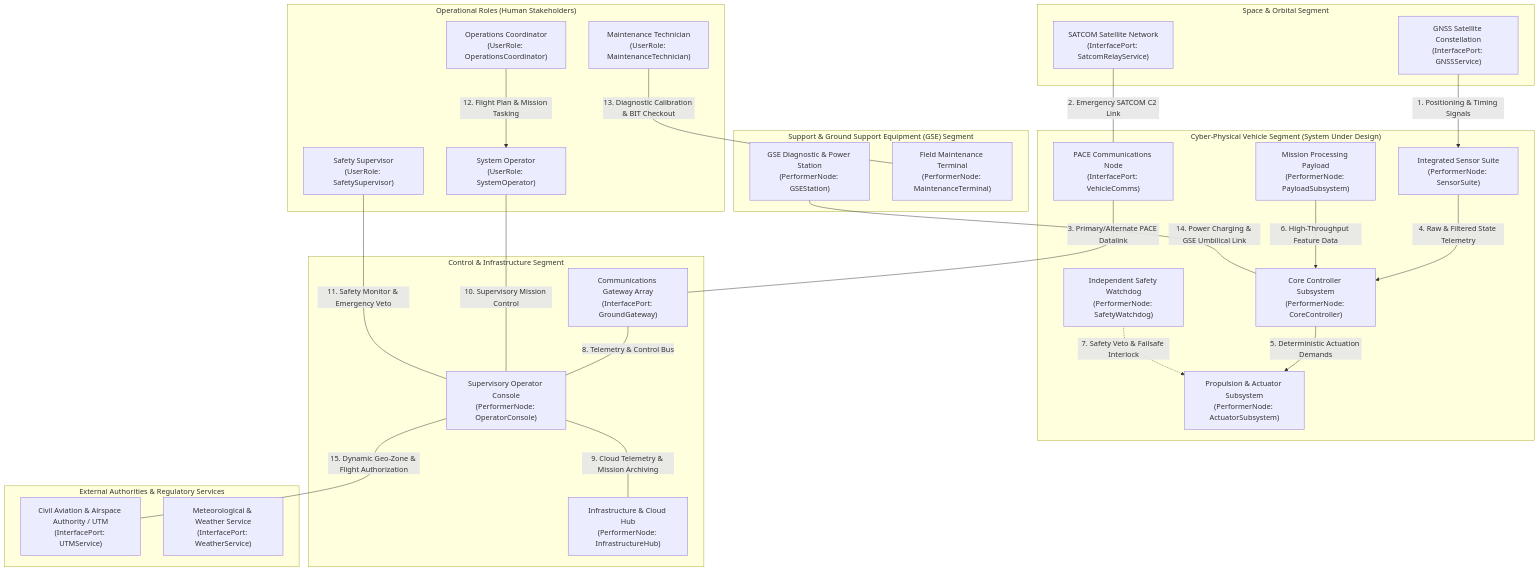
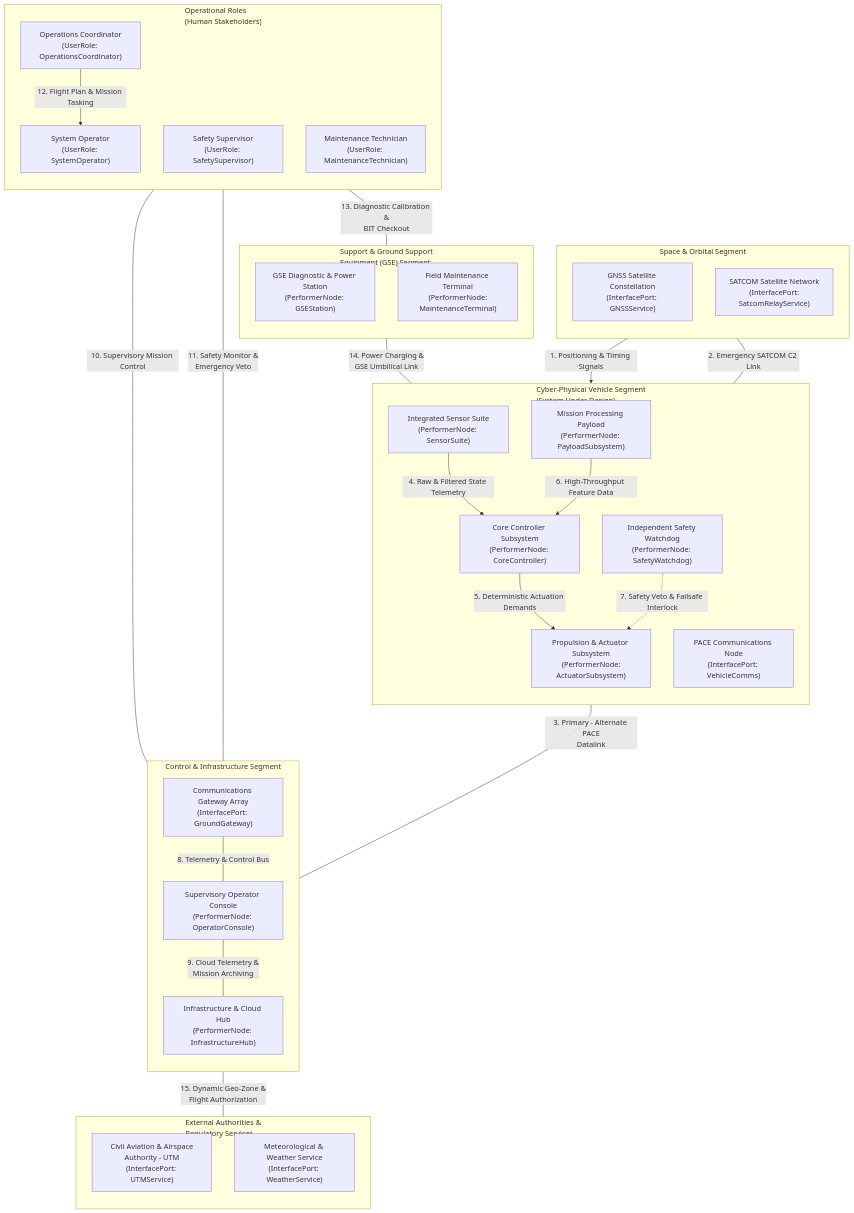
The diagram in skills/spec-conops-engineering/resources/units/conops/01_METADATA_AND_OVERVIEW.md (gintatkinson/DEAP-avionic-flight-safety), drawn with Mermaid before and after one commit. The commit also changed other lines of this file and 136 other files, not shown here.

````diff
--- a/skills/spec-conops-engineering/resources/units/conops/01_METADATA_AND_OVERVIEW.md
+++ b/skills/spec-conops-engineering/resources/units/conops/01_METADATA_AND_OVERVIEW.md
@@ -158,55 +158,61 @@
 ```mermaid
 flowchart TB
     subgraph SpaceSegment["Space & Orbital Segment"]
+        direction TB
         GNSSConstellation["GNSS Satellite Constellation<br/>(InterfacePort: GNSSService)"]
-        SatcomRelay["SATCOM Satellite Network<br/>(InterfacePort: SatcomRelayService)"]
+        SatcomRelay["SATCOM Satellite Network<br/>(InterfacePort:<br/>SatcomRelayService)"]
     end
 
-    subgraph VehicleSegment["Cyber-Physical Vehicle Segment (System Under Design)"]
+    subgraph VehicleSegment["Cyber-Physical Vehicle Segment<br/>(System Under Design)"]
+        direction TB
         CoreController["Core Controller Subsystem<br/>(PerformerNode: CoreController)"]
         SensorSuite["Integrated Sensor Suite<br/>(PerformerNode: SensorSuite)"]
-        ActuatorSubsystem["Propulsion & Actuator Subsystem<br/>(PerformerNode: ActuatorSubsystem)"]
+        ActuatorSubsystem["Propulsion & Actuator Subsystem<br/>(PerformerNode:<br/>ActuatorSubsystem)"]
         PayloadSubsystem["Mission Processing Payload<br/>(PerformerNode: PayloadSubsystem)"]
         VehicleComms["PACE Communications Node<br/>(InterfacePort: VehicleComms)"]
         SafetyWatchdog["Independent Safety Watchdog<br/>(PerformerNode: SafetyWatchdog)"]
     end
 
     subgraph ControlSegment["Control & Infrastructure Segment"]
+        direction TB
         OperatorConsole["Supervisory Operator Console<br/>(PerformerNode: OperatorConsole)"]
         GroundCommsArray["Communications Gateway Array<br/>(InterfacePort: GroundGateway)"]
         InfrastructureHub["Infrastructure & Cloud Hub<br/>(PerformerNode: InfrastructureHub)"]
     end
 
-    subgraph SupportSegment["Support & Ground Support Equipment (GSE) Segment"]
+    subgraph SupportSegment["Support & Ground Support<br/>Equipment (GSE) Segment"]
+        direction TB
         GroundSupportEquipment["GSE Diagnostic & Power Station<br/>(PerformerNode: GSEStation)"]
-        MaintenanceTerminal["Field Maintenance Terminal<br/>(PerformerNode: MaintenanceTerminal)"]
+        MaintenanceTerminal["Field Maintenance Terminal<br/>(PerformerNode:<br/>MaintenanceTerminal)"]
     end
 
-    subgraph OperationalRoles["Operational Roles (Human Stakeholders)"]
+    subgraph OperationalRoles["Operational Roles<br/>(Human Stakeholders)"]
+        direction TB
         SystemOperator["System Operator<br/>(UserRole: SystemOperator)"]
         SafetySupervisor["Safety Supervisor<br/>(UserRole: SafetySupervisor)"]
         OperationsCoordinator["Operations Coordinator<br/>(UserRole: OperationsCoordinator)"]
         MaintenanceTechnician["Maintenance Technician<br/>(UserRole: MaintenanceTechnician)"]
     end
 
-    subgraph ExternalAuthorities["External Authorities & Regulatory Services"]
-        AirspaceAuthority["Civil Aviation & Airspace Authority / UTM<br/>(InterfacePort: UTMService)"]
+    subgraph ExternalAuthorities["External Authorities &<br/>Regulatory Services"]
+        direction TB
+        AirspaceAuthority["Civil Aviation & Airspace<br/>Authority - UTM<br/>(InterfacePort: UTMService)"]
         WeatherDataService["Meteorological & Weather Service<br/>(InterfacePort: WeatherService)"]
     end
 
     GNSSConstellation -->|"1. Positioning & Timing Signals"| SensorSuite
     SatcomRelay ---|"2. Emergency SATCOM C2 Link"| VehicleComms
-    VehicleComms ---|"3. Primary/Alternate PACE Datalink"| GroundCommsArray
+    VehicleComms ---|"3. Primary - Alternate PACE<br/>Datalink"| GroundCommsArray
     SensorSuite -->|"4. Raw & Filtered State Telemetry"| CoreController
     CoreController -->|"5. Deterministic Actuation Demands"| ActuatorSubsystem
     PayloadSubsystem -->|"6. High-Throughput Feature Data"| CoreController
     SafetyWatchdog -.->|"7. Safety Veto & Failsafe Interlock"| ActuatorSubsystem
     GroundCommsArray ---|"8. Telemetry & Control Bus"| OperatorConsole
-    OperatorConsole ---|"9. Cloud Telemetry & Mission Archiving"| InfrastructureHub
+    OperatorConsole ---|"9. Cloud Telemetry &<br/>Mission Archiving"| InfrastructureHub
     SystemOperator ---|"10. Supervisory Mission Control"| OperatorConsole
-    SafetySupervisor ---|"11. Safety Monitor & Emergency Veto"| OperatorConsole
+    SafetySupervisor ---|"11. Safety Monitor &<br/>Emergency Veto"| OperatorConsole
     OperationsCoordinator -->|"12. Flight Plan & Mission Tasking"| SystemOperator
-    MaintenanceTechnician ---|"13. Diagnostic Calibration & BIT Checkout"| MaintenanceTerminal
-    GroundSupportEquipment ---|"14. Power Charging & GSE Umbilical Link"| CoreController
-    OperatorConsole ---|"15. Dynamic Geo-Zone & Flight Authorization"| AirspaceAuthority
+    MaintenanceTechnician ---|"13. Diagnostic Calibration &<br/>BIT Checkout"| MaintenanceTerminal
+    GroundSupportEquipment ---|"14. Power Charging &<br/>GSE Umbilical Link"| CoreController
+    OperatorConsole ---|"15. Dynamic Geo-Zone &<br/>Flight Authorization"| AirspaceAuthority
 ```
````
